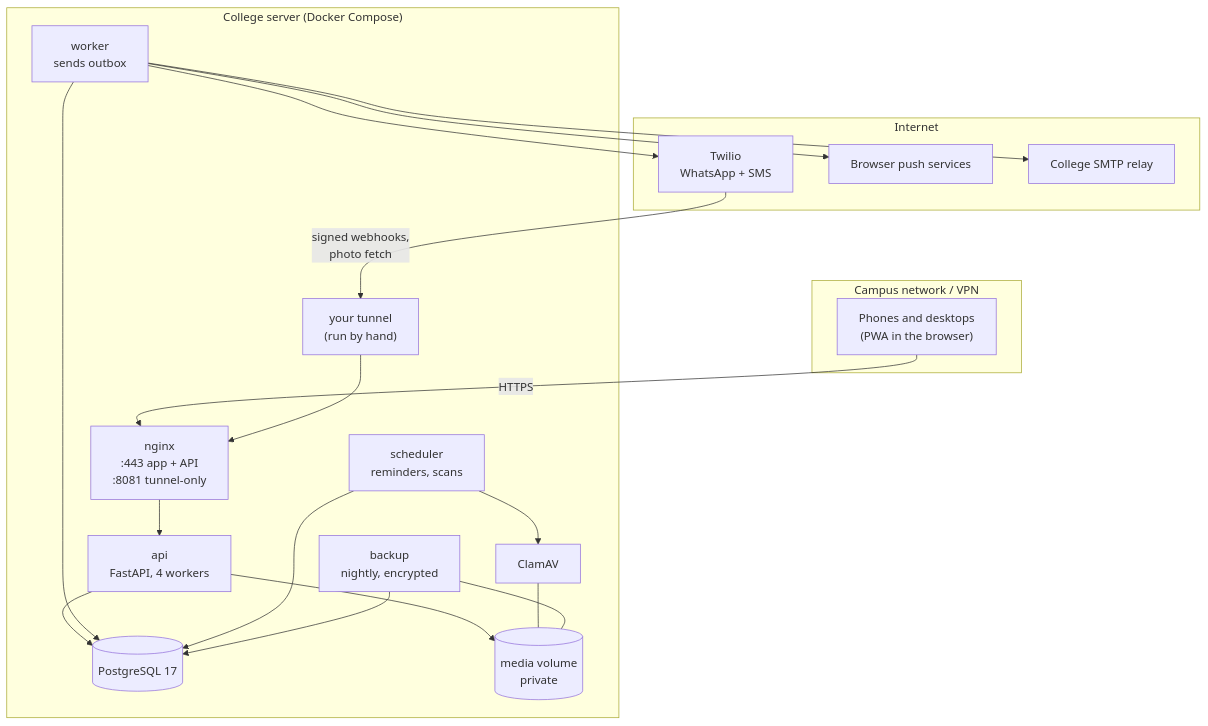
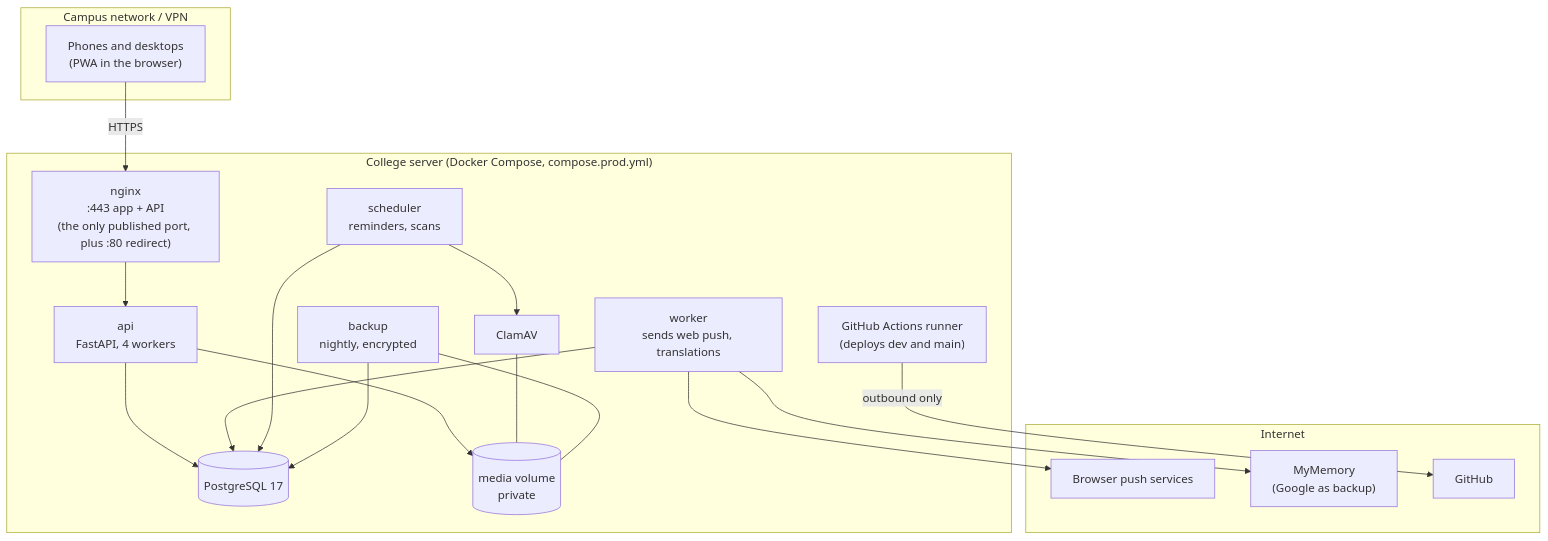
One commit to OSSC-DBIT/pcms changed the first of 7 diagrams in docs/ARCHITECTURE.md. Above: the diagram before and after it, drawn with Mermaid. The commit also changed other lines of this file and 100 other files, not shown here.

````diff
--- a/docs/ARCHITECTURE.md
+++ b/docs/ARCHITECTURE.md
@@ -5,36 +5,35 @@
 ```mermaid
 flowchart TB
     subgraph Campus["Campus network / VPN"]
         U["Phones and desktops<br/>(PWA in the browser)"]
     end
-    subgraph Host["College server (Docker Compose)"]
-        N["nginx<br/>:443 app + API<br/>:8081 tunnel-only"]
+    subgraph Host["College server (Docker Compose, compose.prod.yml)"]
+        N["nginx<br/>:443 app + API<br/>(the only published port, plus :80 redirect)"]
         A["api<br/>FastAPI, 4 workers"]
-        W["worker<br/>sends outbox"]
+        W["worker<br/>sends web push, translations"]
         S["scheduler<br/>reminders, scans"]
         DB[("PostgreSQL 17")]
         MV[("media volume<br/>private")]
         C["ClamAV"]
         B["backup<br/>nightly, encrypted"]
-        T["your tunnel<br/>(run by hand)"]
+        R["GitHub Actions runner<br/>(deploys dev and main)"]
     end
     subgraph Internet
-        TW["Twilio<br/>WhatsApp + SMS"]
         PS["Browser push services"]
-        SM["College SMTP relay"]
+        TR["MyMemory<br/>(Google as backup)"]
+        GH["GitHub"]
     end
     U -- HTTPS --> N
     N --> A
     A --> DB
     A --> MV
     W --> DB
     S --> DB
     S --> C
     C --- MV
-    W --> TW
     W --> PS
-    W --> SM
-    TW -- "signed webhooks,<br/>photo fetch" --> T --> N
+    W --> TR
+    R -- "outbound only" --> GH
     B --> DB
     B --- MV
 ```
````
